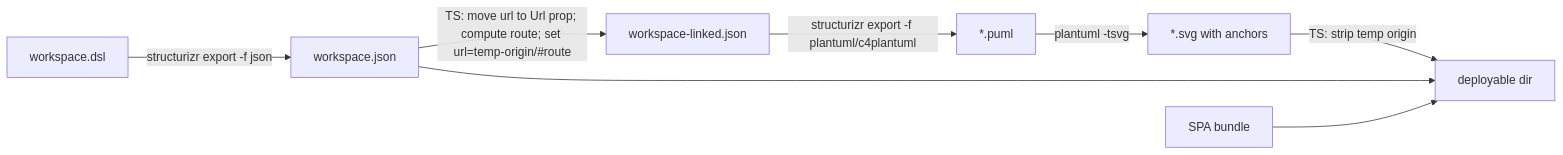
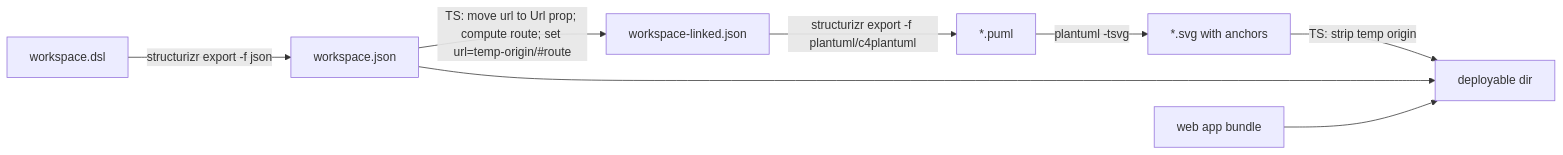
One commit to dirkgroot/structurizr-site changed the diagram in lode/architecture/diagrams.md. Above: the diagram before and after it, drawn with Mermaid. The commit also changed other lines of this file and 55 other files, not shown here.

First line of the commit message:
refactor: rename the spa component to web

````diff
--- a/lode/architecture/diagrams.md
+++ b/lode/architecture/diagrams.md
@@ -25,10 +25,10 @@
 ```mermaid
 flowchart LR
     DSL[workspace.dsl] -->|structurizr export -f json| JSON[workspace.json]
     JSON -->|TS: move url to Url prop; compute route; set url=temp-origin/#route| LINKED[workspace-linked.json]
     LINKED -->|structurizr export -f plantuml/c4plantuml| PUML[*.puml]
     PUML -->|plantuml -tsvg| SVG[*.svg with anchors]
     SVG -->|TS: strip temp origin| OUT[deployable dir]
     JSON --> OUT
-    SPA[SPA bundle] --> OUT
+    WEB[web app bundle] --> OUT
 ```
````
